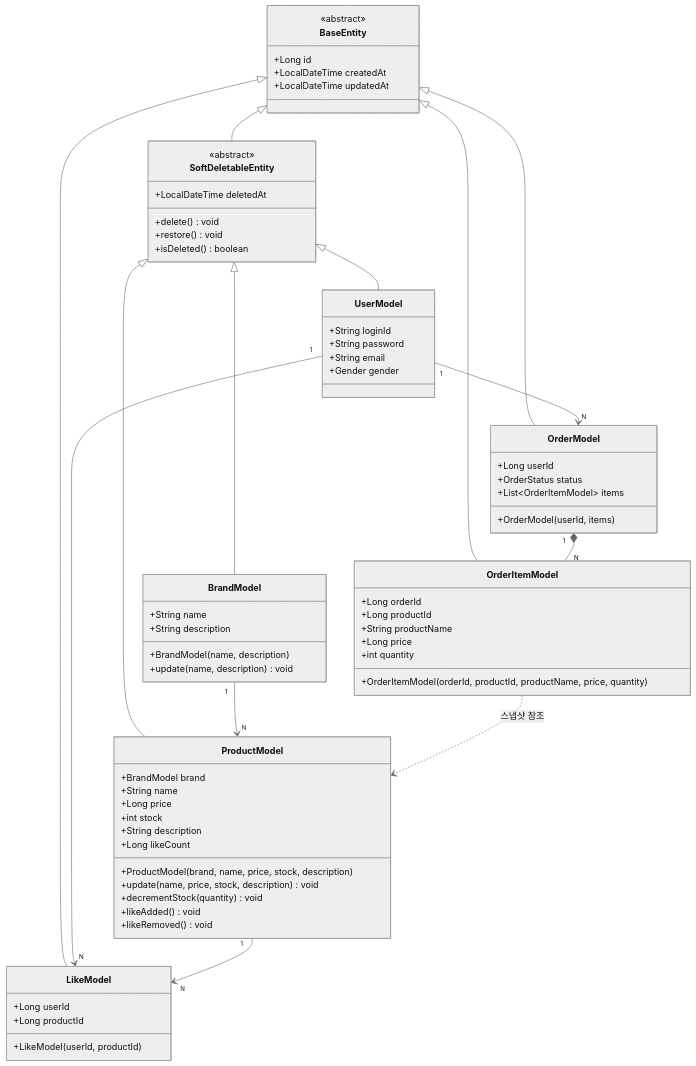
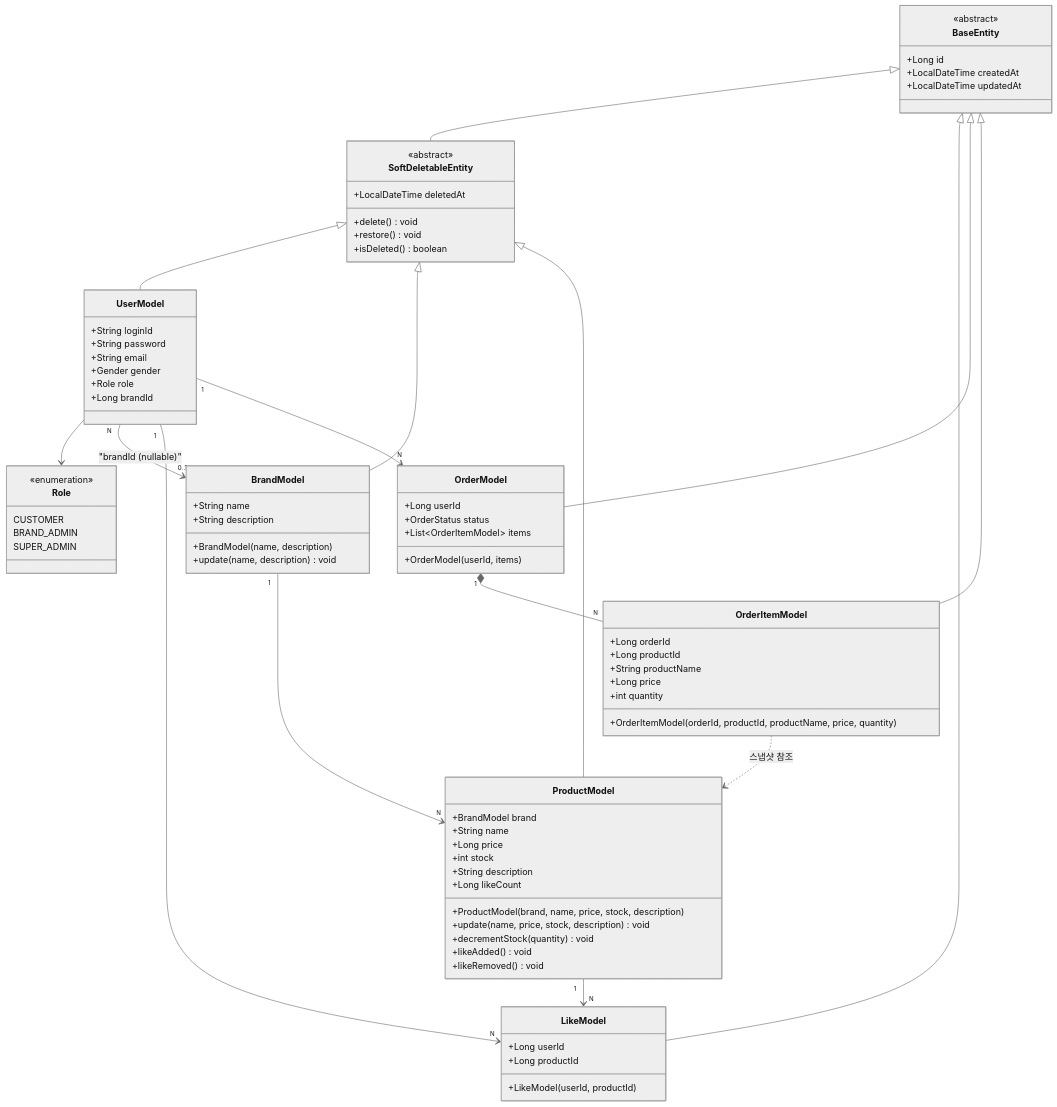
The diagram in .docs/design/03-class-diagram.md (loopers-labs/loop-pack-be-l2-vol4-java), drawn with Mermaid (neutral theme) before and after one commit. The commit also changed other lines of this file and 3 other files, not shown here.

```diff
--- a/.docs/design/03-class-diagram.md
+++ b/.docs/design/03-class-diagram.md
@@ -21,11 +21,20 @@
         +isDeleted() boolean
     }
 
+    class Role {
+        <<enumeration>>
+        CUSTOMER
+        BRAND_ADMIN
+        SUPER_ADMIN
+    }
+
     class UserModel {
         +String loginId
         +String password
         +String email
         +Gender gender
+        +Role role
+        +Long brandId
     }
 
     class BrandModel {
@@ -79,6 +88,8 @@
     BaseEntity <|-- OrderModel
     BaseEntity <|-- OrderItemModel
 
+    UserModel --> Role
+    UserModel "N" --> "0..1" BrandModel : "brandId (nullable)"
     BrandModel "1" --> "N" ProductModel
     UserModel "1" --> "N" LikeModel
     ProductModel "1" --> "N" LikeModel
```
